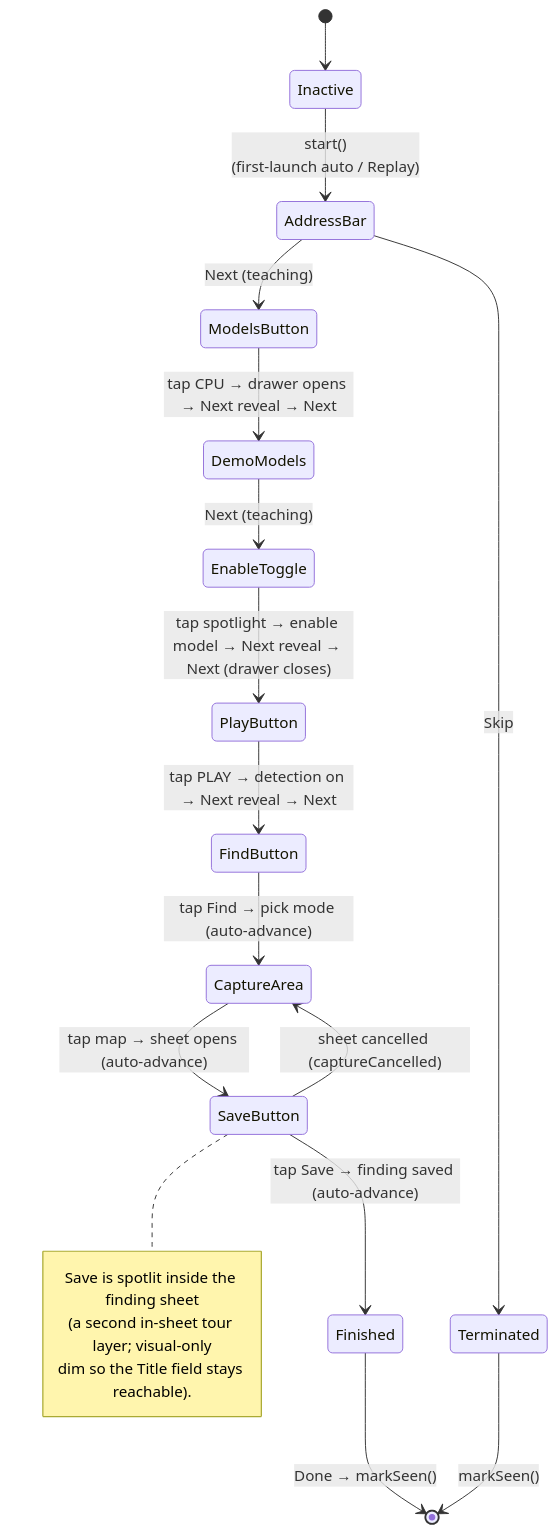
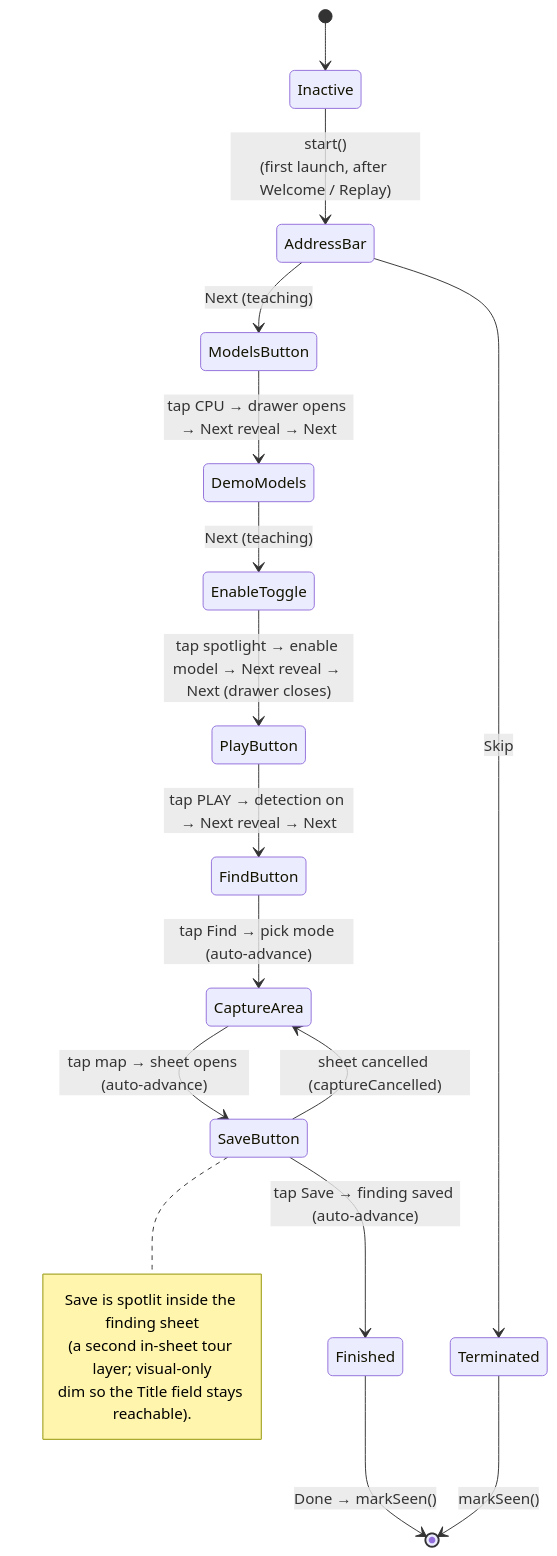
One commit to aiarcheology-com/aiarcheology changed the second of 4 diagrams in ios/MLBrowser/iOS/UI/Tour/ARCHITECTURE.md. Above: the diagram before and after it, drawn with Mermaid. The commit also changed other lines of this file and 5 other files, not shown here.

````diff
--- a/ios/MLBrowser/iOS/UI/Tour/ARCHITECTURE.md
+++ b/ios/MLBrowser/iOS/UI/Tour/ARCHITECTURE.md
@@ -77,25 +79,25 @@
 ```mermaid
 stateDiagram-v2
     [*] --> Inactive
-    Inactive --> AddressBar : start()<br/>(first-launch auto / Replay)
+    Inactive --> AddressBar : start()<br/>(first launch, after Welcome / Replay)
 
     AddressBar --> ModelsButton : Next (teaching)
     ModelsButton --> DemoModels : tap CPU → drawer opens → Next reveal → Next
     DemoModels --> EnableToggle : Next (teaching)
     EnableToggle --> PlayButton : tap spotlight → enable model → Next reveal → Next (drawer closes)
     PlayButton --> FindButton : tap PLAY → detection on → Next reveal → Next
     FindButton --> CaptureArea : tap Find → pick mode (auto-advance)
     CaptureArea --> SaveButton : tap map → sheet opens (auto-advance)
     SaveButton --> Finished : tap Save → finding saved (auto-advance)
     Finished --> [*] : Done → markSeen()
 
     SaveButton --> CaptureArea : sheet cancelled (captureCancelled)
     AddressBar --> Terminated : Skip
     Terminated --> [*] : markSeen()
 
     note right of SaveButton
         Save is spotlit inside the finding sheet
         (a second in-sheet tour layer; visual-only
         dim so the Title field stays reachable).
     end note
 ```
````
